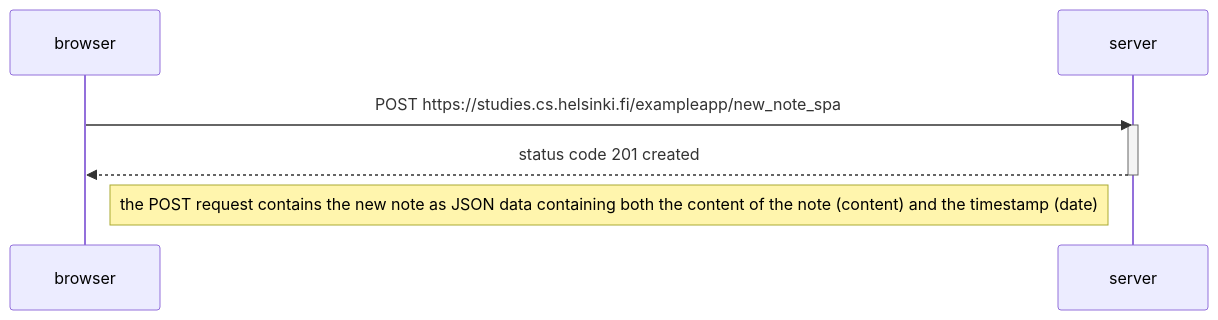
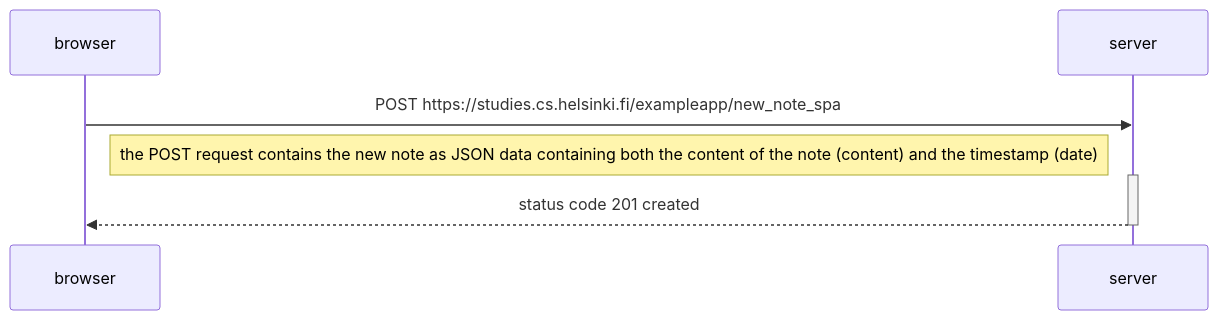
One commit to mehakkd/fullstack-course changed the diagram in part0/0.6.md. Above: the diagram before and after it, drawn with Mermaid.

````diff
--- a/part0/0.6.md
+++ b/part0/0.6.md
@@ -1,14 +1,17 @@
 ```mermaid
 
 sequenceDiagram
   participant browser
   participant server
 
   browser->>server: POST https://studies.cs.helsinki.fi/exampleapp/new_note_spa
+  
+    Note right of browser: the POST request contains the new note as JSON data containing both the content of the note (content) and the timestamp (date)
+  
   activate server
   server-->>browser: status code 201 created
   deactivate server
   
-  Note right of browser: the POST request contains the new note as JSON data containing both the content of the note (content) and the timestamp (date)
+
 
 ```
````
